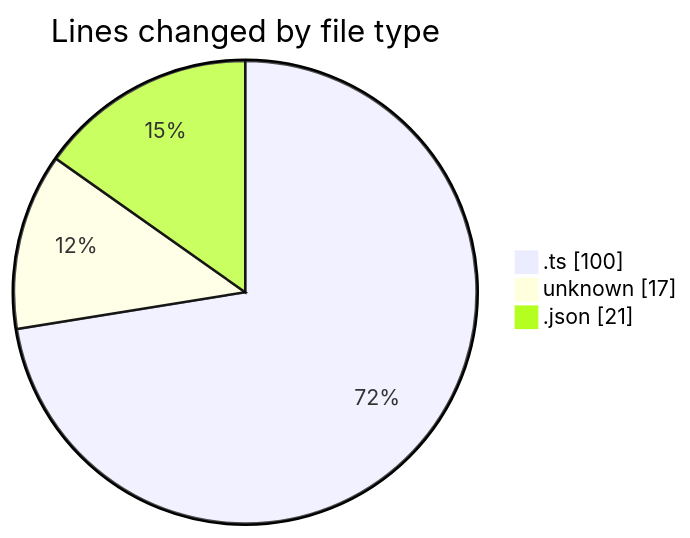
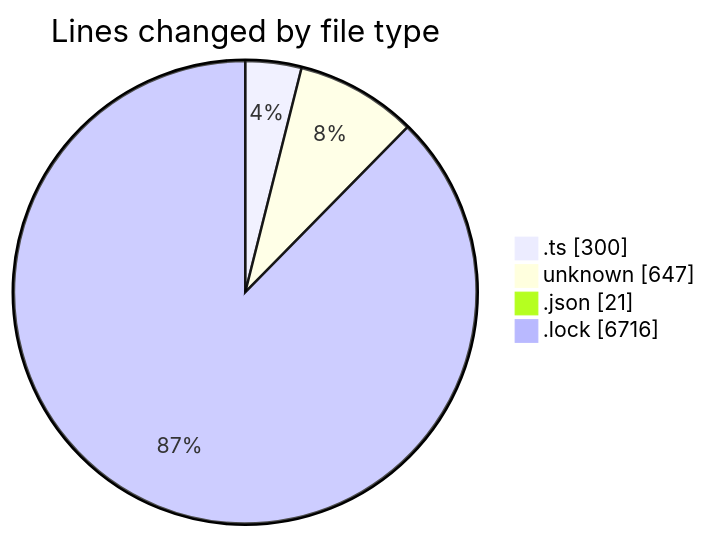
Before and after one commit to momahboobian/code-tracking: the first of 2 diagrams in 2026-05-22/cda/README.md, drawn with Mermaid. The commit also changed other lines of this file and 1 other file, not shown here.

````diff
--- a/2026-05-22/cda/README.md
+++ b/2026-05-22/cda/README.md
@@ -23,7 +26,8 @@
 ```mermaid
 pie showData
 title Lines changed by file type
-".ts" : 100
-"unknown" : 17
+".ts" : 300
+"unknown" : 647
 ".json" : 21
+".lock" : 6716
 ```
````
